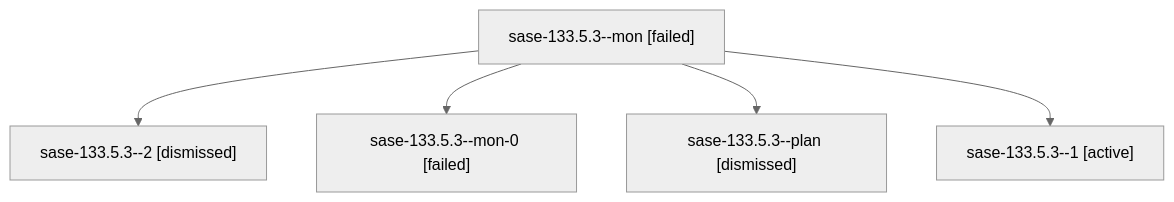
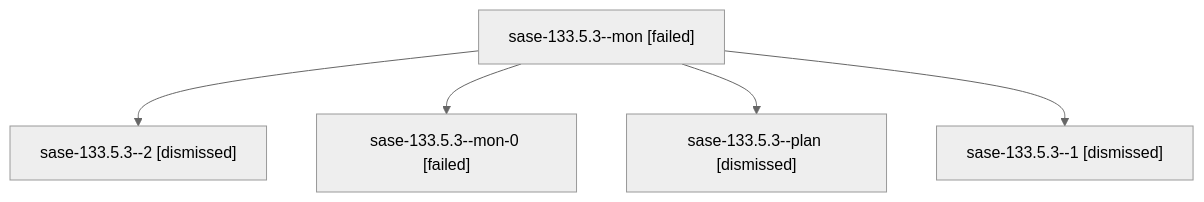
The diagram in sessions/bbugyi200.athena.sase-133.5.3.md (sase-org/sase--agents), drawn with Mermaid (neutral theme) before and after one commit. The commit also changed other lines of this file and 118 other files, not shown here.

````diff
--- a/sessions/bbugyi200.athena.sase-133.5.3.md
+++ b/sessions/bbugyi200.athena.sase-133.5.3.md
@@ -9,12 +9,12 @@
 ```mermaid
 flowchart TD
   n0["sase-133.5.3--mon [failed]"]
   n1["sase-133.5.3--2 [dismissed]"]
   n0 --> n1
   n2["sase-133.5.3--mon-0 [failed]"]
   n0 --> n2
   n3["sase-133.5.3--plan [dismissed]"]
   n0 --> n3
-  n4["sase-133.5.3--1 [active]"]
+  n4["sase-133.5.3--1 [dismissed]"]
   n0 --> n4
 ```
````
